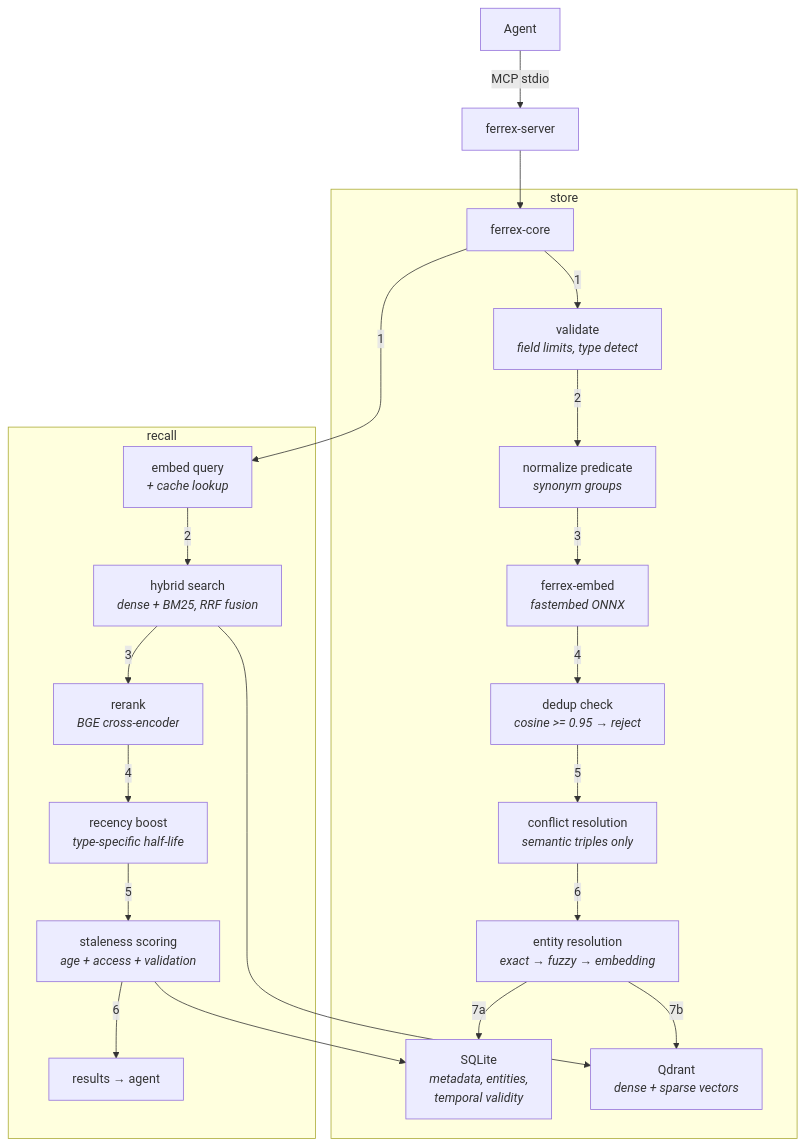
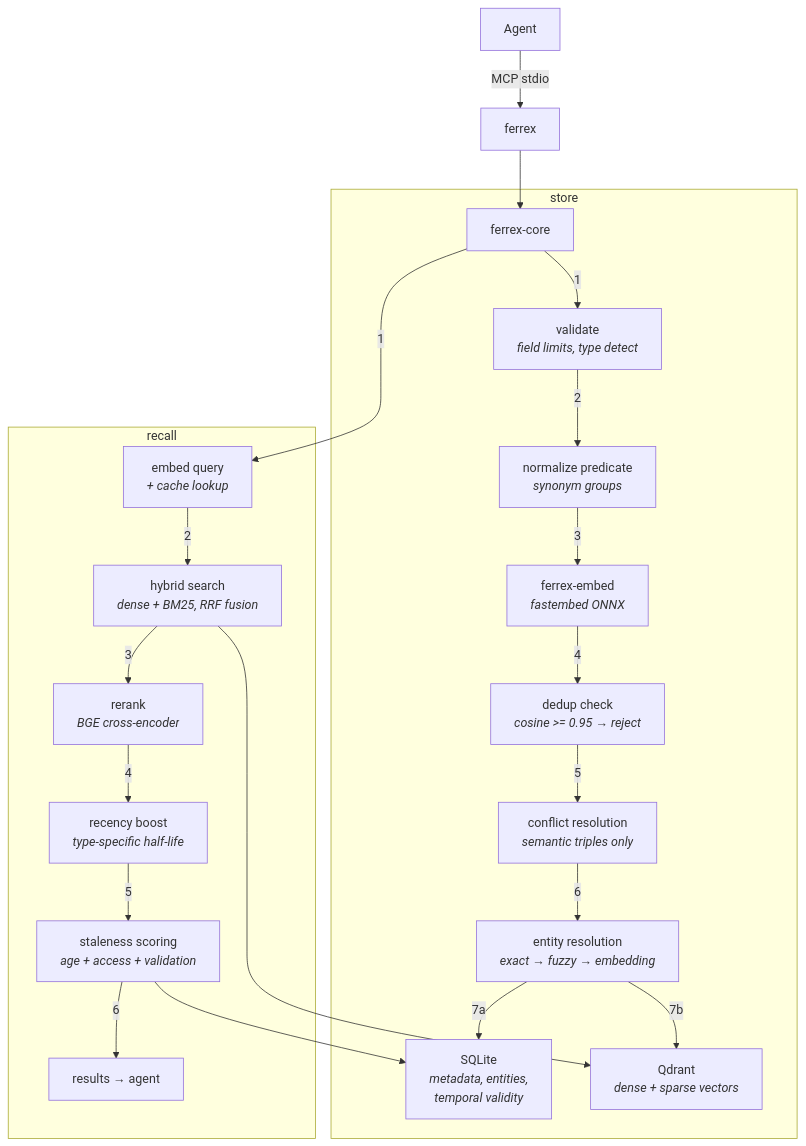
Before and after one commit to vaporif/ferrex: the diagram in README.md, drawn with Mermaid. The commit also changed 36 other files, not shown here.

````diff
--- a/README.md
+++ b/README.md
@@ -11,28 +11,28 @@
 ```mermaid
 flowchart TD
-    Agent -->|MCP stdio| Server["ferrex-server"]
+    Agent -->|MCP stdio| Server["ferrex"]
     Server --> Core["ferrex-core"]
 
     subgraph store_flow["store"]
         Core -->|1| Validate["validate\n<i>field limits, type detect</i>"]
         Validate -->|2| NormPred["normalize predicate\n<i>synonym groups</i>"]
         NormPred -->|3| Embed["ferrex-embed\n<i>fastembed ONNX</i>"]
         Embed -->|4| Dedup["dedup check\n<i>cosine >= 0.95 → reject</i>"]
         Dedup -->|5| Conflict["conflict resolution\n<i>semantic triples only</i>"]
         Conflict -->|6| Resolve["entity resolution\n<i>exact → fuzzy → embedding</i>"]
         Resolve -->|7a| SQLite["SQLite\n<i>metadata, entities,\ntemporal validity</i>"]
         Resolve -->|7b| Qdrant["Qdrant\n<i>dense + sparse vectors</i>"]
     end
 
     subgraph recall_flow["recall"]
         Core -->|1| EmbedQ["embed query\n<i>+ cache lookup</i>"]
         EmbedQ -->|2| Hybrid["hybrid search\n<i>dense + BM25, RRF fusion</i>"]
         Hybrid -->|3| Rerank["rerank\n<i>BGE cross-encoder</i>"]
         Rerank -->|4| Boost["recency boost\n<i>type-specific half-life</i>"]
         Boost -->|5| Stale["staleness scoring\n<i>age + access + validation</i>"]
         Stale -->|6| Return["results → agent"]
     end
 
     Hybrid --> Qdrant
     Stale --> SQLite
 ```
````
